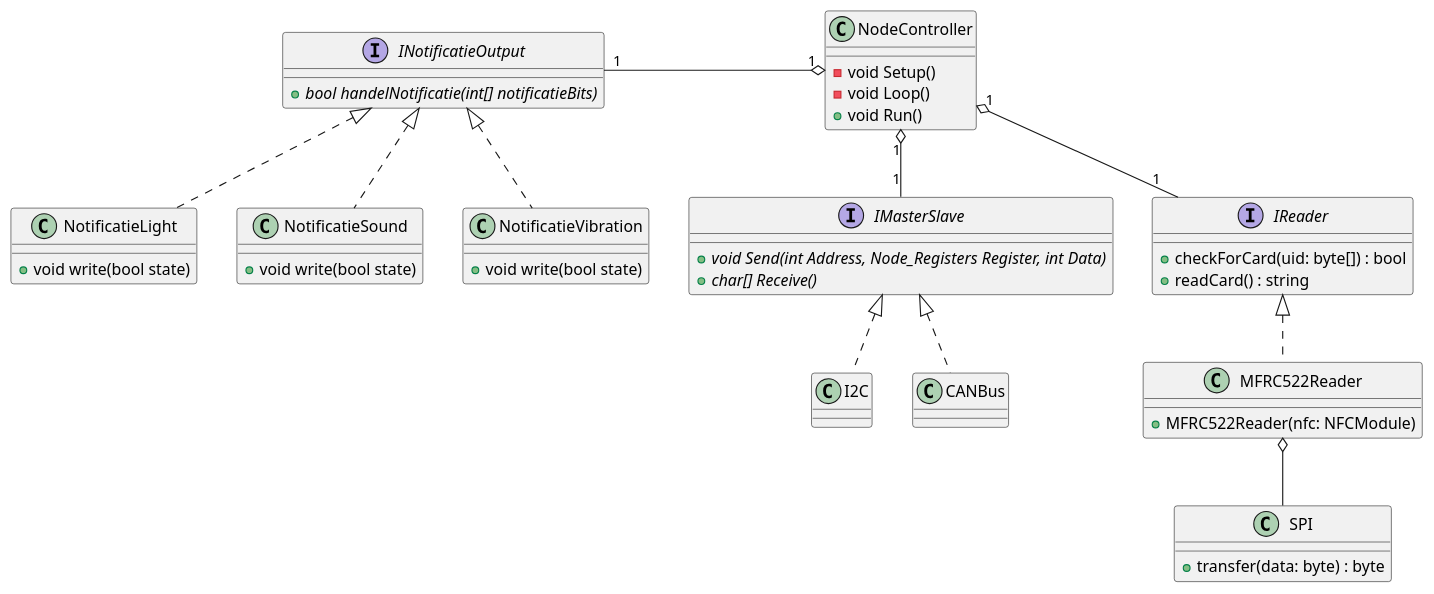
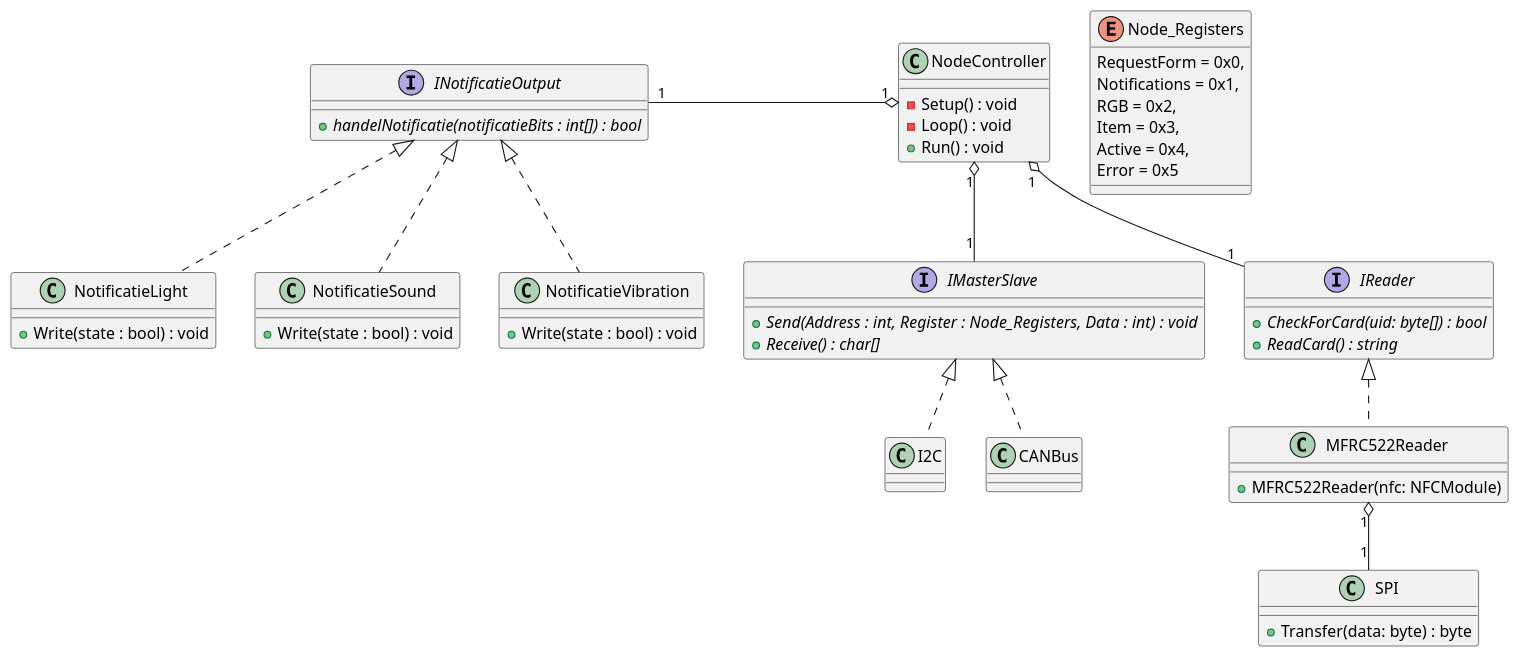
The diagram in Designs/Arduino nano/Class diagram.wsd (T3-FindIt/FindIt), drawn with PlantUML before and after one commit. The commit also changed 3 other files, not shown here.

```diff
--- a/Designs/Arduino nano/Class diagram.wsd
+++ b/Designs/Arduino nano/Class diagram.wsd
@@ -1,64 +1,73 @@
 @startuml
 
 Class NodeController
 {
-    {method} - void Setup()
-    {method} - void Loop()
-    {method} + void Run()
+    {method} - Setup() : void 
+    {method} - Loop() : void
+    {method} + Run() : void
 }
 
 Interface IMasterSlave
 {
-    {abstract} + void Send(int Address, Node_Registers Register, int Data)
-    {abstract} + char[] Receive()
+    {abstract} + Send(Address : int, Register : Node_Registers, Data : int)  : void
+    {abstract} + Receive() : char[]
 }
 
 Interface INotificatieOutput
 {
-    {abstract} + bool handelNotificatie(int[] notificatieBits)
+    {abstract} + handelNotificatie(notificatieBits : int[]) : bool
 }
 
 class NotificatieLight
 {
-    {method} + void write(bool state)
+    {method} + Write(state : bool) : void
 }
+
 class NotificatieSound
 {
-    {method} + void write(bool state)
+    {method} + Write(state : bool) : void
 }
+
 class NotificatieVibration
 {
-    {method} + void write(bool state)
+    {method} + Write(state : bool) : void
+}
+
+class SPI {
+   {method} + Transfer(data: byte) : byte
+}
+
+interface IReader {
+    {abstract} + CheckForCard(uid: byte[]) : bool
+    {abstract} + ReadCard() : string
+}
+
+class MFRC522Reader {
+    {method} + MFRC522Reader(nfc: NFCModule)
+}
+
+enum Node_Registers
+{
+    RequestForm = 0x0,
+    Notifications = 0x1,
+    RGB = 0x2,
+    Item = 0x3,
+    Active = 0x4,
+    Error = 0x5
 }
 
 NodeController "1" o-left- "1" INotificatieOutput
 NodeController "1" o-- "1" IMasterSlave
 NodeController "1" o-- "1" IReader
 
 INotificatieOutput <|.. NotificatieLight
 INotificatieOutput <|.. NotificatieSound
 INotificatieOutput <|.. NotificatieVibration
 
 IMasterSlave <|.. I2C
 IMasterSlave <|.. CANBus
 
-
-class SPI {
-    +transfer(data: byte) : byte
-}
-
-
-
-interface IReader {
-    +checkForCard(uid: byte[]) : bool
-    +readCard() : string
-}
-
-class MFRC522Reader {
-    +MFRC522Reader(nfc: NFCModule)
-}
-
 IReader <|.. MFRC522Reader
-MFRC522Reader o-- SPI
+MFRC522Reader "1" o-- "1" SPI
 
 @enduml
```
